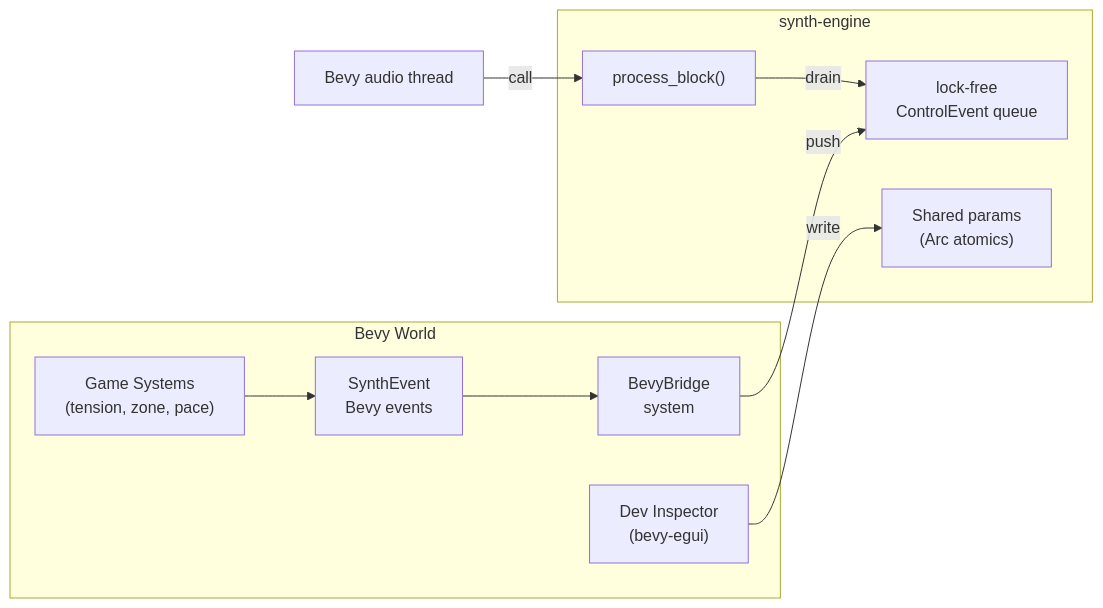
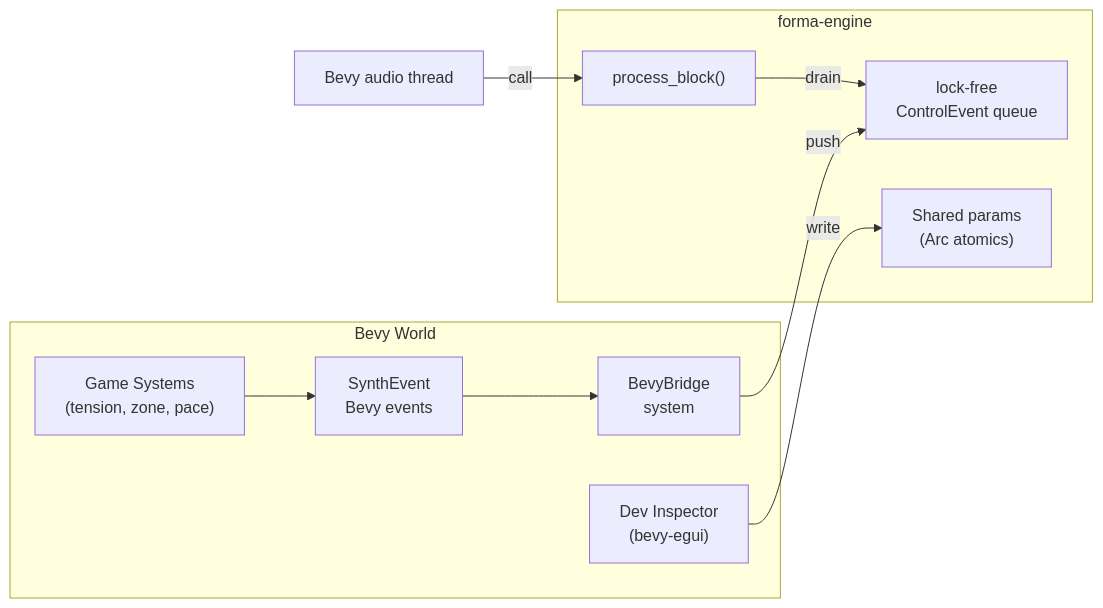
One commit to Ven7u/the_synth changed diagram 13 of 16 in doc/ambient-architecture-proposal.md. Above: the diagram before and after it, drawn with Mermaid. The commit also changed other lines of this file and 143 other files, not shown here.

````diff
--- a/doc/ambient-architecture-proposal.md
+++ b/doc/ambient-architecture-proposal.md
@@ -860,22 +860,22 @@
 ```mermaid
 flowchart LR
     subgraph BEVY["Bevy World"]
         GS["Game Systems\n(tension, zone, pace)"]
         SE["SynthEvent\nBevy events"]
         BRIDGE["BevyBridge\nsystem"]
         INSP["Dev Inspector\n(bevy-egui)"]
     end
 
-    subgraph ENGINE["synth-engine"]
+    subgraph ENGINE["forma-engine"]
         QUEUE2["lock-free\nControlEvent queue"]
         PB2["process_block()"]
         PARAMS["Shared params\n(Arc atomics)"]
     end
 
     AUDIO["Bevy audio thread"]
 
     GS --> SE --> BRIDGE -->|push| QUEUE2
     INSP -->|write| PARAMS
     AUDIO -->|call| PB2
     PB2 -->|drain| QUEUE2
 ```
````
